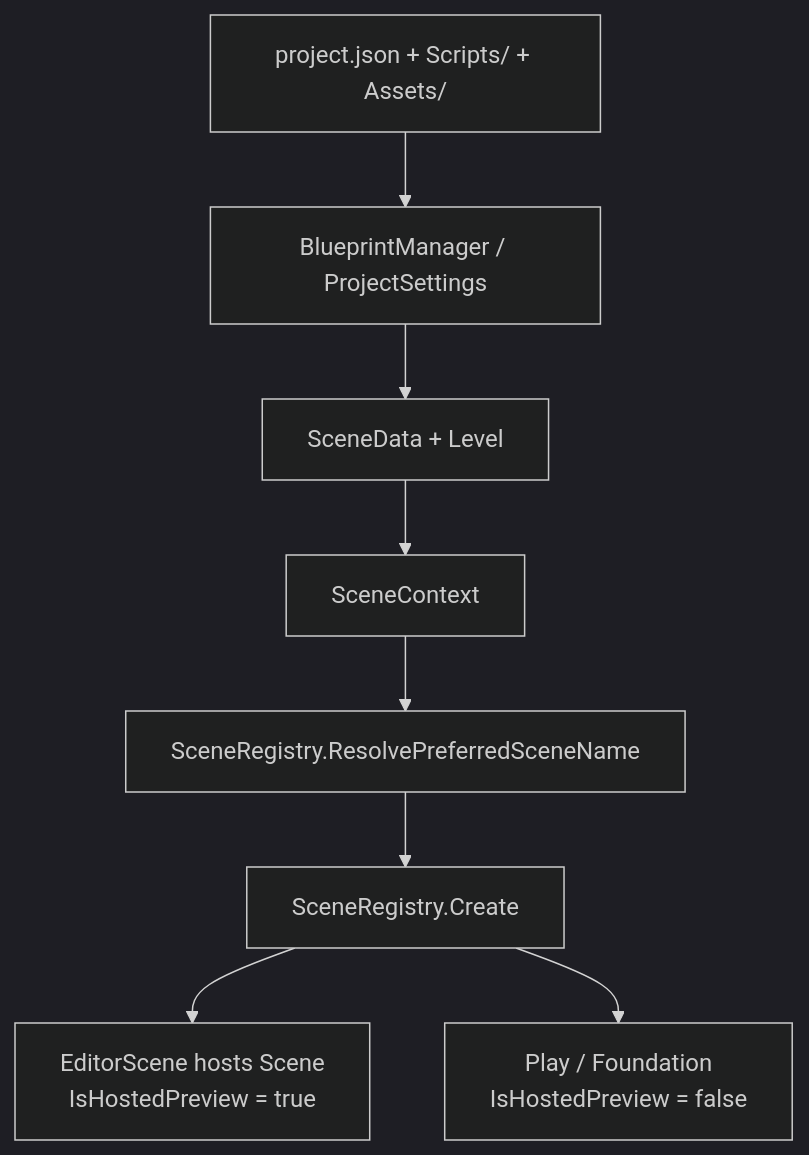
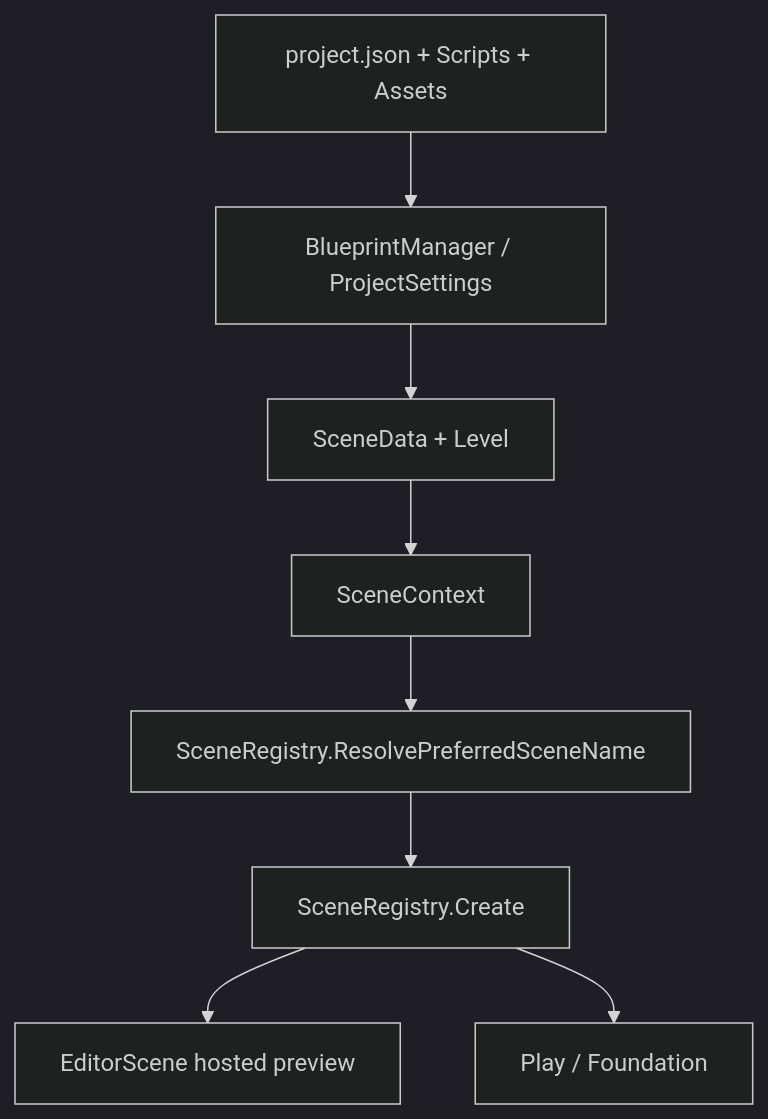
One commit to ireakhavok/Castle changed the first of 6 diagrams in docs/SCENES_AND_PROJECTS.md. Above: the diagram before and after it, drawn with Mermaid. The commit also changed other lines of this file and 6 other files, not shown here.

````diff
--- a/docs/SCENES_AND_PROJECTS.md
+++ b/docs/SCENES_AND_PROJECTS.md
@@ -5,12 +5,12 @@
 ```mermaid
 %%{init: {'theme':'dark'}}%%
 flowchart TB
-  Disk["project.json + Scripts/ + Assets/"]
+  Disk["project.json + Scripts + Assets"]
   Disk --> BM[BlueprintManager / ProjectSettings]
   BM --> SD[SceneData + Level]
   SD --> CTX[SceneContext]
   CTX --> SR[SceneRegistry.ResolvePreferredSceneName]
   SR --> Create[SceneRegistry.Create]
-  Create --> Hosted["EditorScene hosts Scene<br/>IsHostedPreview = true"]
-  Create --> Play["Play / Foundation<br/>IsHostedPreview = false"]
+  Create --> Hosted[EditorScene hosted preview]
+  Create --> Play[Play / Foundation]
 ```
````
